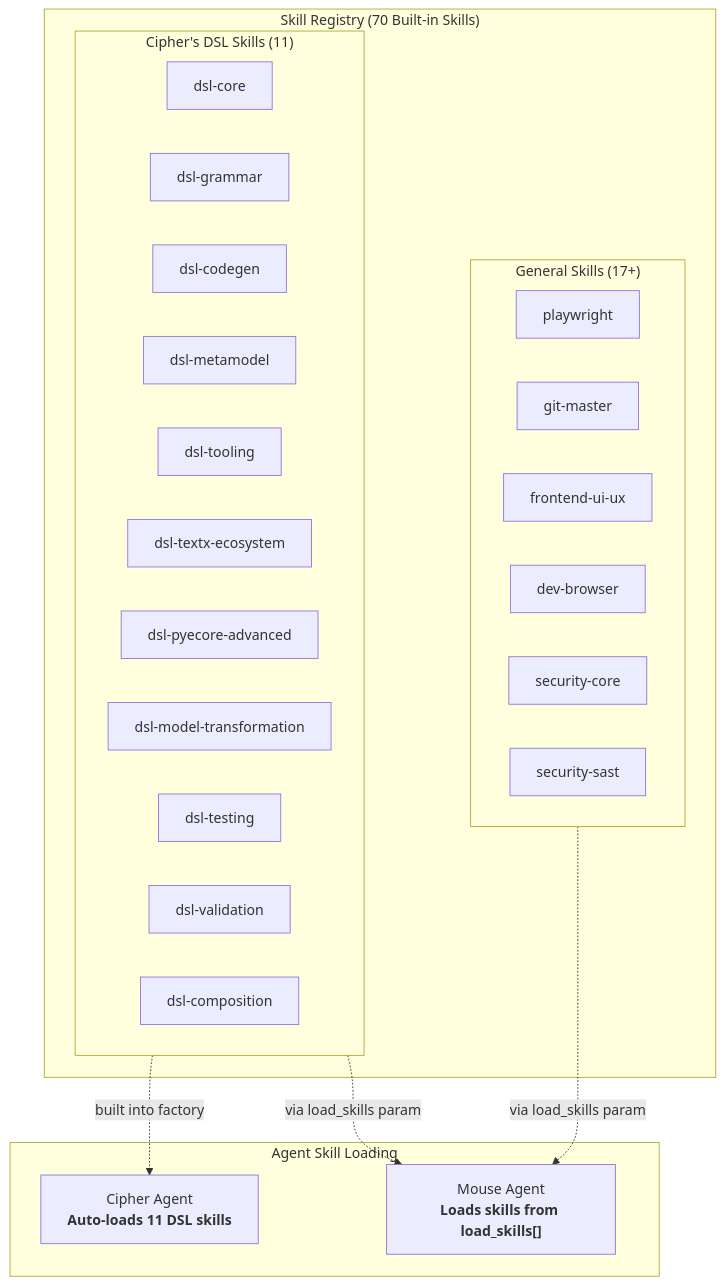
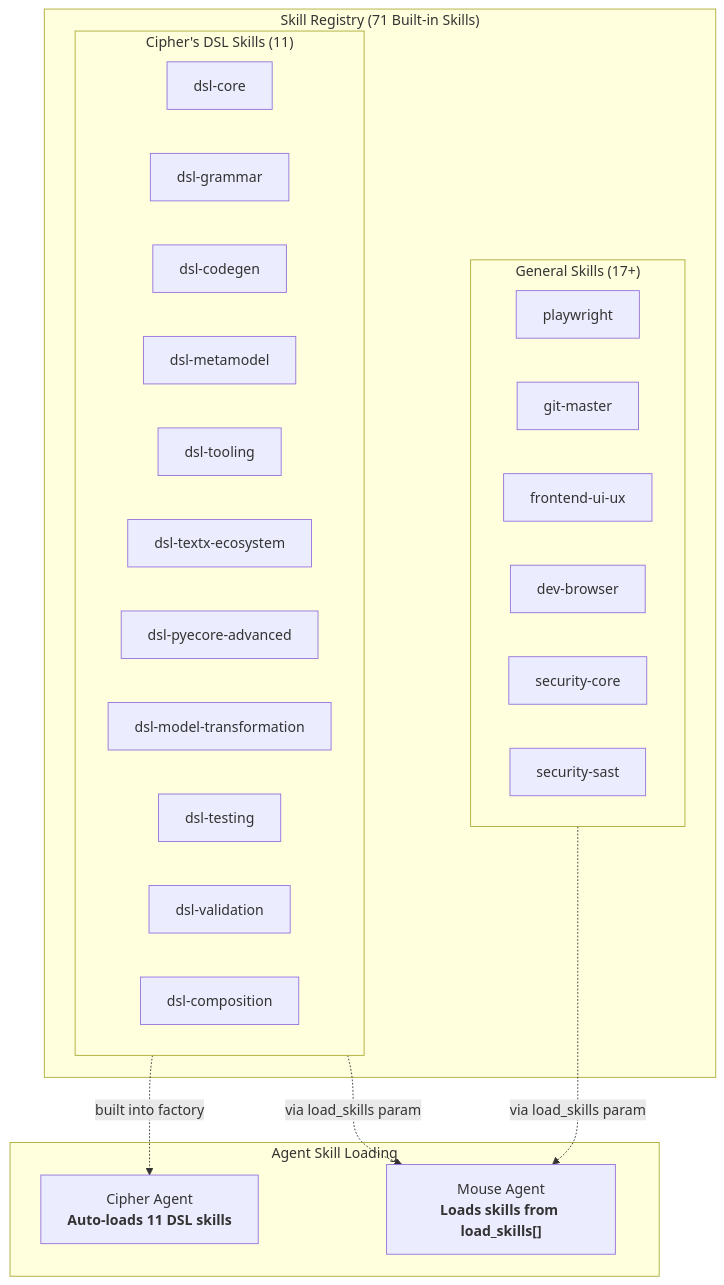
The fourth of 6 diagrams in docs/agents.md (klpanagi/opencode-matrixx-2), drawn with Mermaid before and after one commit. The commit also changed 15 other files, not shown here.

````diff
--- a/docs/agents.md
+++ b/docs/agents.md
@@ -558,36 +558,36 @@
 ```mermaid
 graph TD
-    subgraph SKILL_REGISTRY["Skill Registry (70 Built-in Skills)"]
+    subgraph SKILL_REGISTRY["Skill Registry (71 Built-in Skills)"]
         subgraph DSL_SKILLS["Cipher's DSL Skills (11)"]
             S1["dsl-core"]
             S2["dsl-grammar"]
             S3["dsl-codegen"]
             S4["dsl-metamodel"]
             S5["dsl-tooling"]
             S6["dsl-textx-ecosystem"]
             S7["dsl-pyecore-advanced"]
             S8["dsl-model-transformation"]
             S9["dsl-testing"]
             S10["dsl-validation"]
             S11["dsl-composition"]
         end
 
         subgraph GENERAL_SKILLS["General Skills (17+)"]
             G1["playwright"]
             G2["git-master"]
             G3["frontend-ui-ux"]
             G4["dev-browser"]
             G5["security-core"]
             G6["security-sast"]
         end
     end
 
     subgraph AGENTS["Agent Skill Loading"]
         CIP_AGENT["Cipher Agent<br/><b>Auto-loads 11 DSL skills</b>"]
         MOUSE_AGENT["Mouse Agent<br/><b>Loads skills from load_skills[]</b>"]
     end
 
     DSL_SKILLS -.->|"built into factory"| CIP_AGENT
     GENERAL_SKILLS -.->|"via load_skills param"| MOUSE_AGENT
     DSL_SKILLS -.->|"via load_skills param"| MOUSE_AGENT
 ```
````
